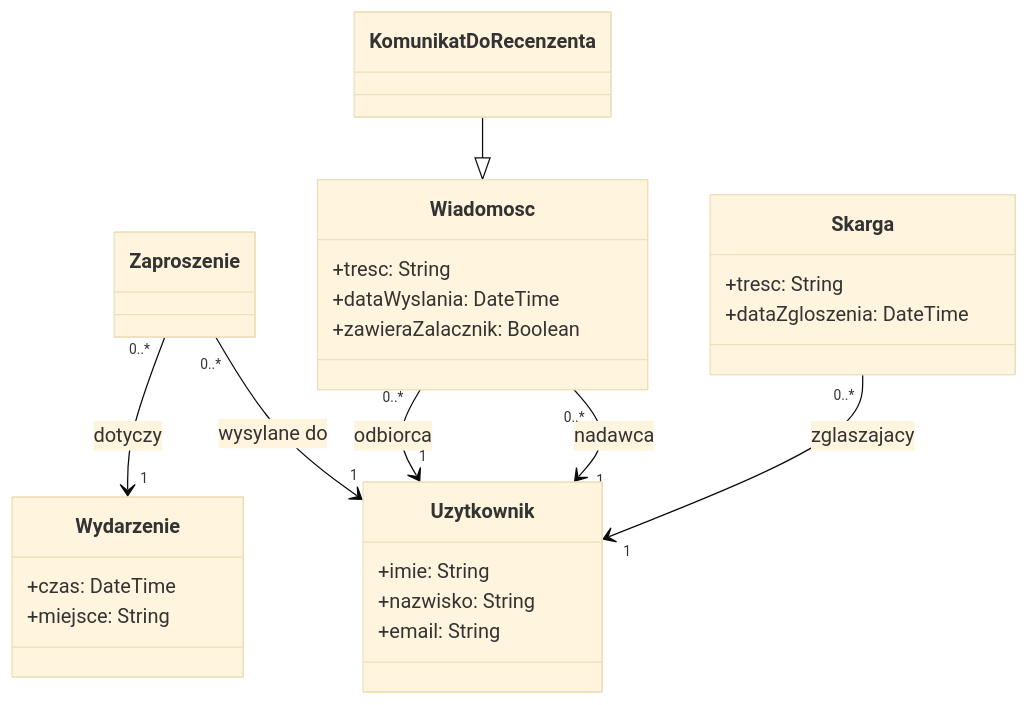
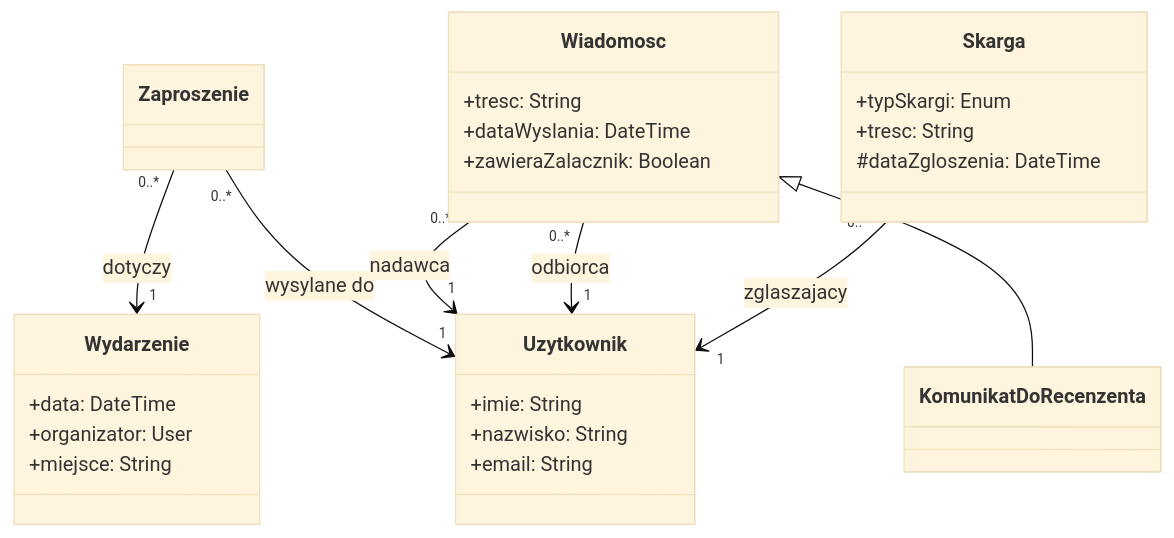
One commit to IWO-2026/project_iwo changed the fifth of 19 diagrams in README.md. Above: the diagram before and after it, drawn with Mermaid (base theme). The commit also changed other lines of this file, not shown here.

````diff
--- a/README.md
+++ b/README.md
@@ -841,41 +870,43 @@
 ```mermaid
 classDiagram
     direction TB
 
     class Uzytkownik {
         +imie: String
         +nazwisko: String
         +email: String
     }
 
     class Wydarzenie {
-        +czas: DateTime
+        +data: DateTime
+        +organizator: User
         +miejsce: String
     }
 
     class Zaproszenie {
     }
 
     class Wiadomosc {
         +tresc: String
         +dataWyslania: DateTime
         +zawieraZalacznik: Boolean
     }
 
     class Skarga {
+        +typSkargi: Enum
         +tresc: String
-        +dataZgloszenia: DateTime
+        #dataZgloszenia: DateTime
     }
-    
+
     class KomunikatDoRecenzenta {
     }
 
     Zaproszenie "0..*" --> "1" Uzytkownik : wysylane do
     Zaproszenie "0..*" --> "1" Wydarzenie : dotyczy
 
     Wiadomosc "0..*" --> "1" Uzytkownik : nadawca
     Wiadomosc "0..*" --> "1" Uzytkownik : odbiorca
-    KomunikatDoRecenzenta --|> Wiadomosc
+    Wiadomosc <|-- KomunikatDoRecenzenta
 
     Skarga "0..*" --> "1" Uzytkownik : zglaszajacy
 ```
````
